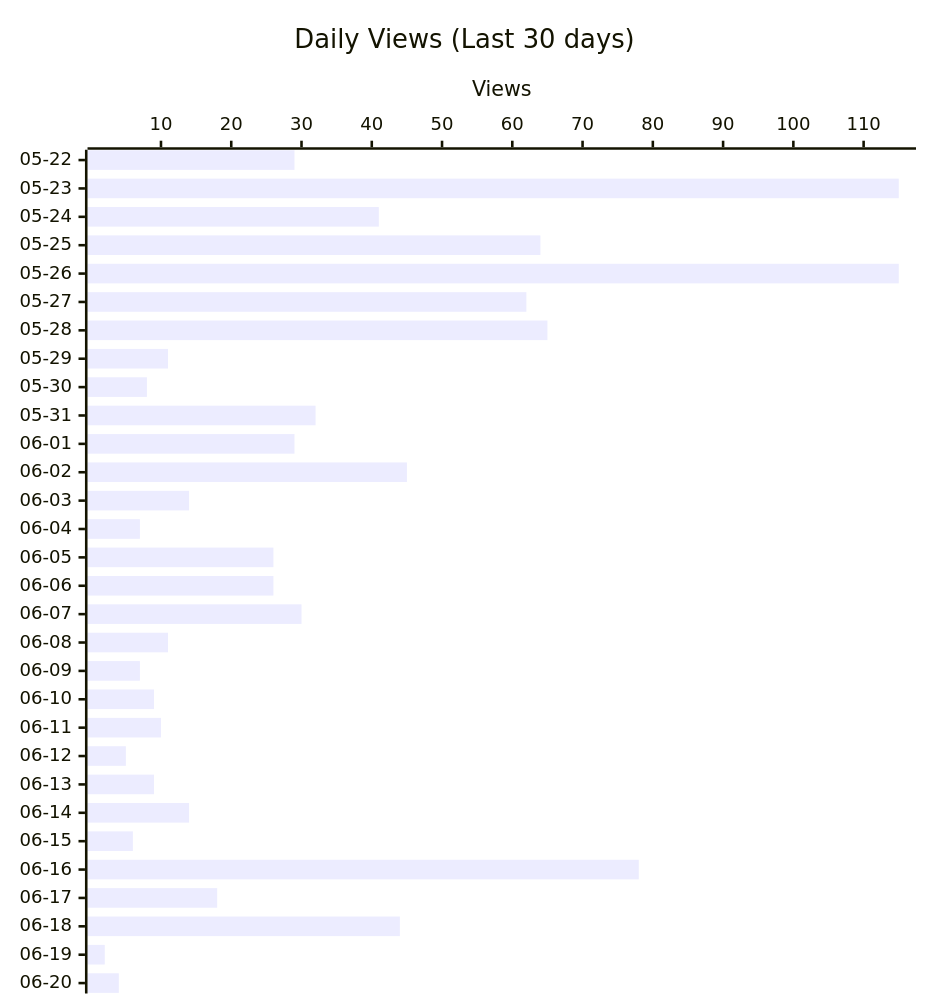
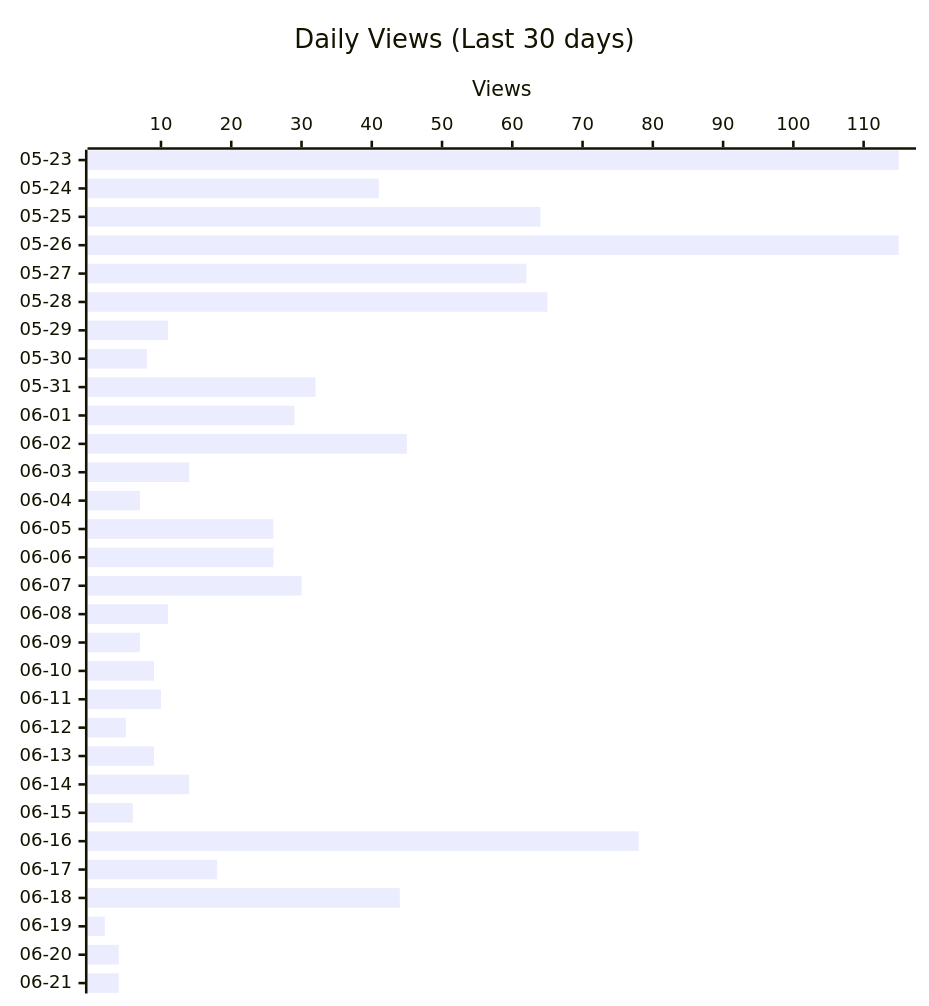
Before and after one commit to shigechika/github-insights: the second of 3 diagrams in README.md, drawn with Mermaid. The commit also changed other lines of this file and 2 other files, not shown here.

````diff
--- a/README.md
+++ b/README.md
@@ -28,12 +28,12 @@
 ```mermaid
 ---
 config:
   xyChart:
     height: 760
 ---
 xychart-beta horizontal
     title "Daily Views (Last 30 days)"
-    x-axis ["05-22", "05-23", "05-24", "05-25", "05-26", "05-27", "05-28", "05-29", "05-30", "05-31", "06-01", "06-02", "06-03", "06-04", "06-05", "06-06", "06-07", "06-08", "06-09", "06-10", "06-11", "06-12", "06-13", "06-14", "06-15", "06-16", "06-17", "06-18", "06-19", "06-20"]
+    x-axis ["05-23", "05-24", "05-25", "05-26", "05-27", "05-28", "05-29", "05-30", "05-31", "06-01", "06-02", "06-03", "06-04", "06-05", "06-06", "06-07", "06-08", "06-09", "06-10", "06-11", "06-12", "06-13", "06-14", "06-15", "06-16", "06-17", "06-18", "06-19", "06-20", "06-21"]
     y-axis "Views"
-    bar [29, 115, 41, 64, 115, 62, 65, 11, 8, 32, 29, 45, 14, 7, 26, 26, 30, 11, 7, 9, 10, 5, 9, 14, 6, 78, 18, 44, 2, 4]
+    bar [115, 41, 64, 115, 62, 65, 11, 8, 32, 29, 45, 14, 7, 26, 26, 30, 11, 7, 9, 10, 5, 9, 14, 6, 78, 18, 44, 2, 4, 4]
 ```
````
